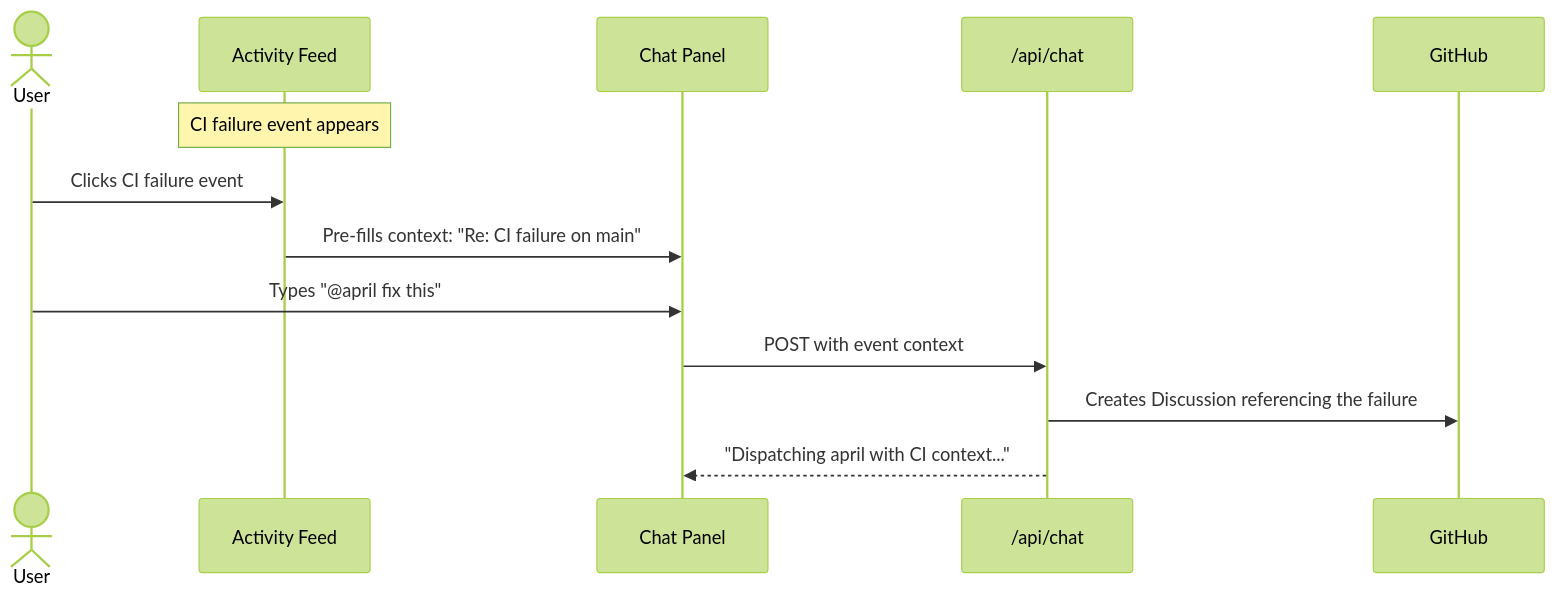
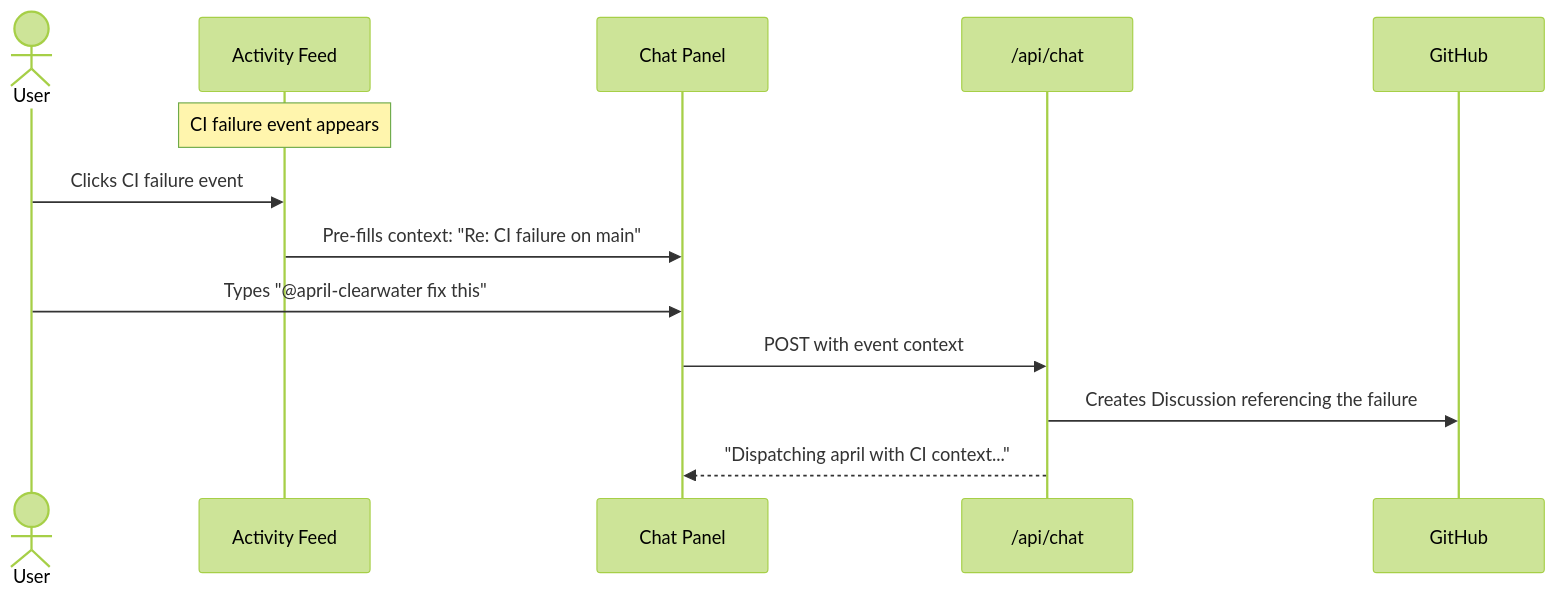
One commit to fairchild/workspaces changed the second of 3 diagrams in docs/design/user-stories.md. Above: the diagram before and after it, drawn with Mermaid (forest theme). The commit also changed other lines of this file and 15 other files, not shown here.

````diff
--- a/docs/design/user-stories.md
+++ b/docs/design/user-stories.md
@@ -96,16 +96,16 @@
 ```mermaid
 sequenceDiagram
     actor User
     participant Feed as Activity Feed
     participant Chat as Chat Panel
     participant API as /api/chat
     participant GH as GitHub
 
     Note over Feed: CI failure event appears
     User->>Feed: Clicks CI failure event
     Feed->>Chat: Pre-fills context: "Re: CI failure on main"
-    User->>Chat: Types "@april fix this"
+    User->>Chat: Types "@april-clearwater fix this"
     Chat->>API: POST with event context
     API->>GH: Creates Discussion referencing the failure
     API-->>Chat: "Dispatching april with CI context..."
 ```
````
